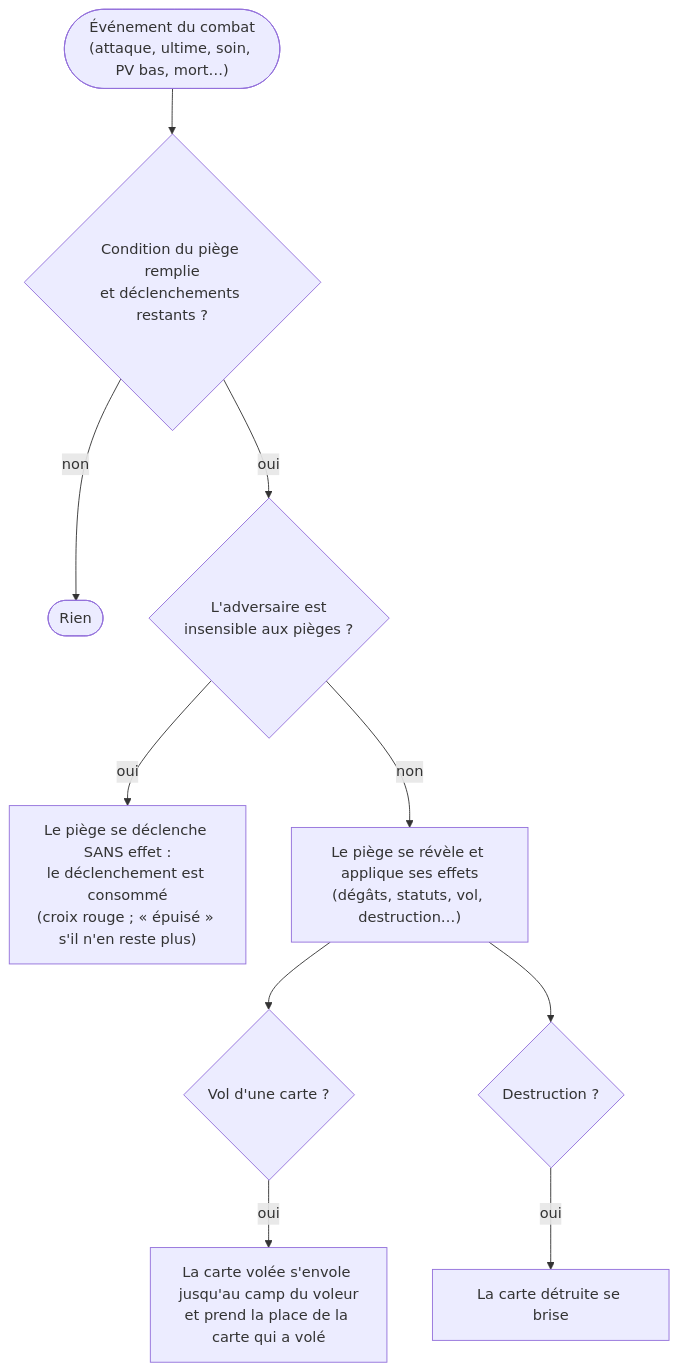
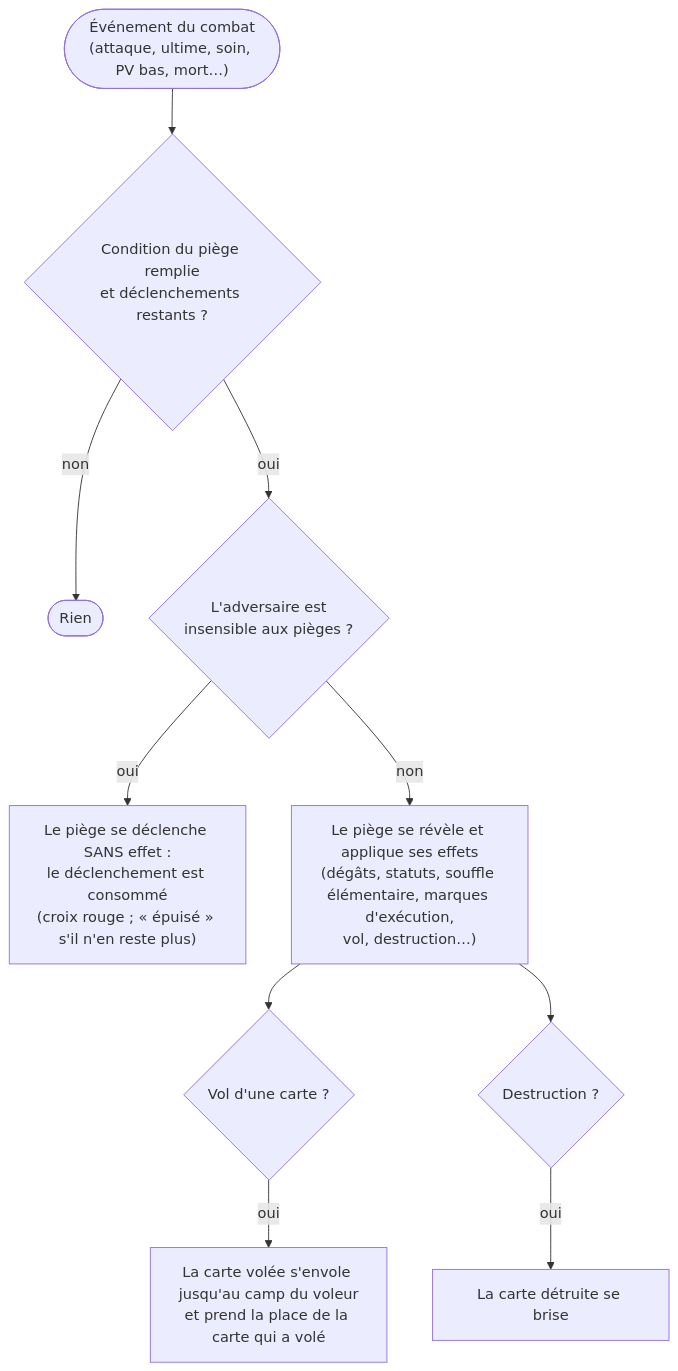
Before and after one commit to mowglitchblaat/forestcard: the fifth of 5 diagrams in docs/workflow-combat.md, drawn with Mermaid. The commit also changed 6 other files, not shown here.

First line of the commit message:
Nouvelle mécanique : Souffle élémentaire (dégâts + statut au choix) + souffle de dragon coloré selon le statut

````diff
--- a/docs/workflow-combat.md
+++ b/docs/workflow-combat.md
@@ -82,12 +82,12 @@
 ```mermaid
 flowchart TD
   P0(["Événement du combat<br/>(attaque, ultime, soin, PV bas, mort…)"]) --> P1{"Condition du piège remplie<br/>et déclenchements restants ?"}
   P1 -- non --> PX([Rien])
   P1 -- oui --> P2{"L'adversaire est<br/>insensible aux pièges ?"}
   P2 -- oui --> P3["Le piège se déclenche SANS effet :<br/>le déclenchement est consommé<br/>(croix rouge ; « épuisé » s'il n'en reste plus)"]
-  P2 -- non --> P4["Le piège se révèle et applique ses effets<br/>(dégâts, statuts, vol, destruction…)"]
+  P2 -- non --> P4["Le piège se révèle et applique ses effets<br/>(dégâts, statuts, souffle élémentaire, marques d'exécution,<br/>vol, destruction…)"]
   P4 --> P5{"Vol d'une carte ?"}
   P5 -- oui --> P6["La carte volée s'envole jusqu'au camp du voleur<br/>et prend la place de la carte qui a volé"]
   P4 --> P7{"Destruction ?"}
   P7 -- oui --> P8[La carte détruite se brise]
 ```
````
